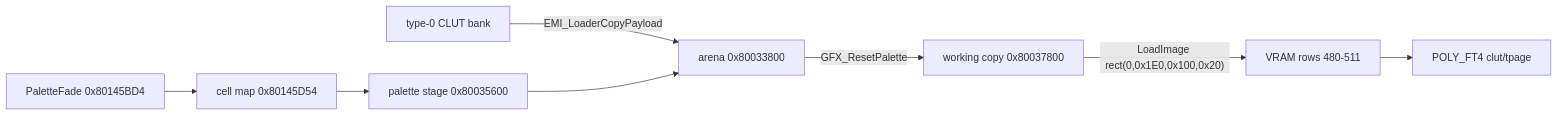
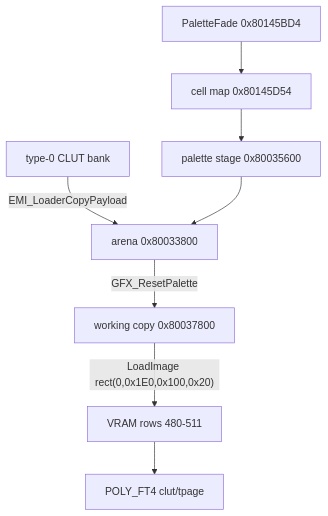
Before and after one commit to raulcorreia7/bof3-wiki: the diagram in src/content/docs/formats/graphics.md, drawn with Mermaid. The commit also changed 13 other files, not shown here.

Commit message:
docs: redraw the diagrams to fit the page column at full text size

````diff
--- a/src/content/docs/formats/graphics.md
+++ b/src/content/docs/formats/graphics.md
@@ -123,10 +123,10 @@
 ```mermaid
-flowchart LR
+flowchart TD
     B["type-0 CLUT bank"] -->|"EMI_LoaderCopyPayload"| A["arena 0x80033800"]
     A -->|"GFX_ResetPalette"| W["working copy 0x80037800"]
     W -->|"LoadImage rect(0,0x1E0,0x100,0x20)"| V["VRAM rows 480-511"]
     V --> P["POLY_FT4 clut/tpage"]
     F["PaletteFade 0x80145BD4"] --> C["cell map 0x80145D54"]
     C --> S["palette stage 0x80035600"]
     S --> A
 ```
````
